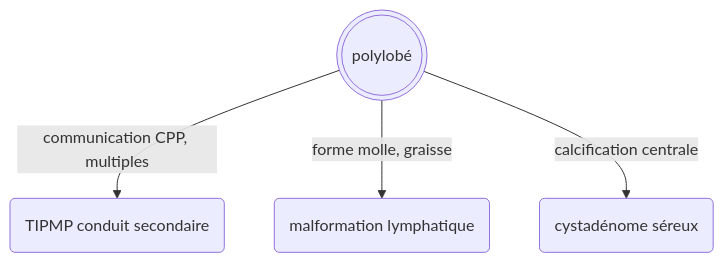
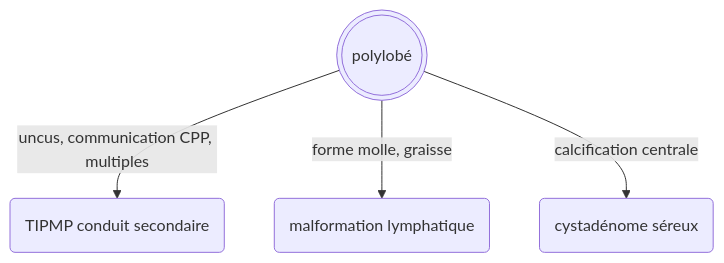
Before and after one commit to drlefevre/drlef: the fourth of 4 diagrams in docs/dig/pancréas.md, drawn with Mermaid. The commit also changed other lines of this file and 3 other files, not shown here.

````diff
--- a/docs/dig/pancréas.md
+++ b/docs/dig/pancréas.md
@@ -112,6 +114,6 @@
     ``` mermaid
     flowchart TD
-        A(((polylobé))) -->|communication CPP, multiples| B(TIPMP conduit secondaire);
-        A -->|forme molle, graisse| C(malformation lymphatique);
-        A -->|calcification centrale| D(cystadénome séreux);
+        D(((polylobé))) -->|uncus, communication CPP, multiples| L(TIPMP conduit secondaire);
+        D -->|forme molle, graisse| M(malformation lymphatique);
+        D -->|calcification centrale| N(cystadénome séreux);
     ```
````
